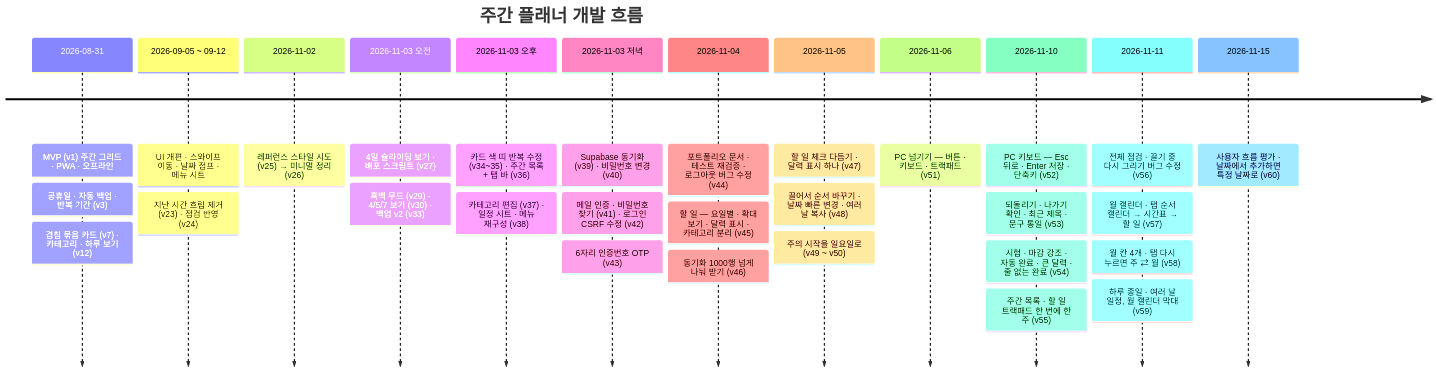
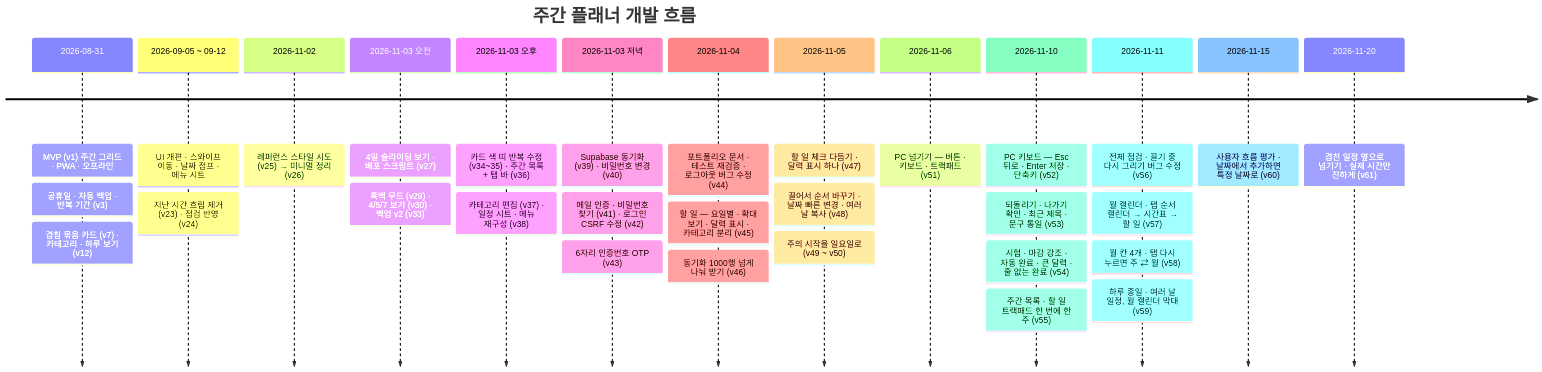
One commit to jmg0929/weekly-planner changed the second of 2 diagrams in docs/README.md. Above: the diagram before and after it, drawn with Mermaid. The commit also changed other lines of this file and 7 other files, not shown here.

````diff
--- a/docs/README.md
+++ b/docs/README.md
@@ -124,33 +124,34 @@
 ```mermaid
 timeline
   title 주간 플래너 개발 흐름
   2026-08-31 : MVP (v1) 주간 그리드 · PWA · 오프라인
              : 공휴일 · 자동 백업 · 반복 기간 (v3)
              : 겹침 묶음 카드 (v7) · 카테고리 · 하루 보기 (v12)
   2026-09-05 ~ 09-12 : UI 개편 · 스와이프 이동 · 날짜 점프 · 메뉴 시트
                      : 지난 시간 흐림 제거 (v23) · 점검 반영 (v24)
   2026-11-02 : 레퍼런스 스타일 시도 (v25) → 미니멀 정리 (v26)
   2026-11-03 오전 : 4일 슬라이딩 보기 · 배포 스크립트 (v27)
                  : 흑백 무드 (v29) · 4/5/7 보기 (v30) · 백업 v2 (v33)
   2026-11-03 오후 : 카드 색 띠 반복 수정 (v34~35) · 주간 목록 + 탭 바 (v36)
                  : 카테고리 편집 (v37) · 일정 시트 · 메뉴 재구성 (v38)
   2026-11-03 저녁 : Supabase 동기화 (v39) · 비밀번호 변경 (v40)
                  : 메일 인증 · 비밀번호 찾기 (v41) · 로그인 CSRF 수정 (v42)
                  : 6자리 인증번호 OTP (v43)
   2026-11-04 : 포트폴리오 문서 · 테스트 재검증 · 로그아웃 버그 수정 (v44)
              : 할 일 — 요일별 · 확대 보기 · 달력 표시 · 카테고리 분리 (v45)
              : 동기화 1000행 넘게 나눠 받기 (v46)
   2026-11-05 : 할 일 체크 다듬기 · 달력 표시 하나 (v47)
              : 끌어서 순서 바꾸기 · 날짜 빠른 변경 · 여러 날 복사 (v48)
              : 주의 시작을 일요일로 (v49 ~ v50)
   2026-11-06 : PC 넘기기 — 버튼 · 키보드 · 트랙패드 (v51)
   2026-11-10 : PC 키보드 — Esc 뒤로 · Enter 저장 · 단축키 (v52)
              : 되돌리기 · 나가기 확인 · 최근 제목 · 문구 통일 (v53)
              : 시험 · 마감 강조 · 자동 완료 · 큰 달력 · 줄 없는 완료 (v54)
              : 주간 목록 · 할 일 트랙패드 한 번에 한 주 (v55)
   2026-11-11 : 전체 점검 · 끌기 중 다시 그리기 버그 수정 (v56)
              : 월 캘린더 · 탭 순서 캘린더 → 시간표 → 할 일 (v57)
              : 월 칸 4개 · 탭 다시 누르면 주 ⇄ 월 (v58)
              : 하루 종일 · 여러 날 일정, 월 캘린더 막대 (v59)
   2026-11-15 : 사용자 흐름 평가 · 날짜에서 추가하면 특정 날짜로 (v60)
+  2026-11-20 : 겹친 일정 옆으로 넘기기 · 실제 시간만 진하게 (v61)
 ```
````
